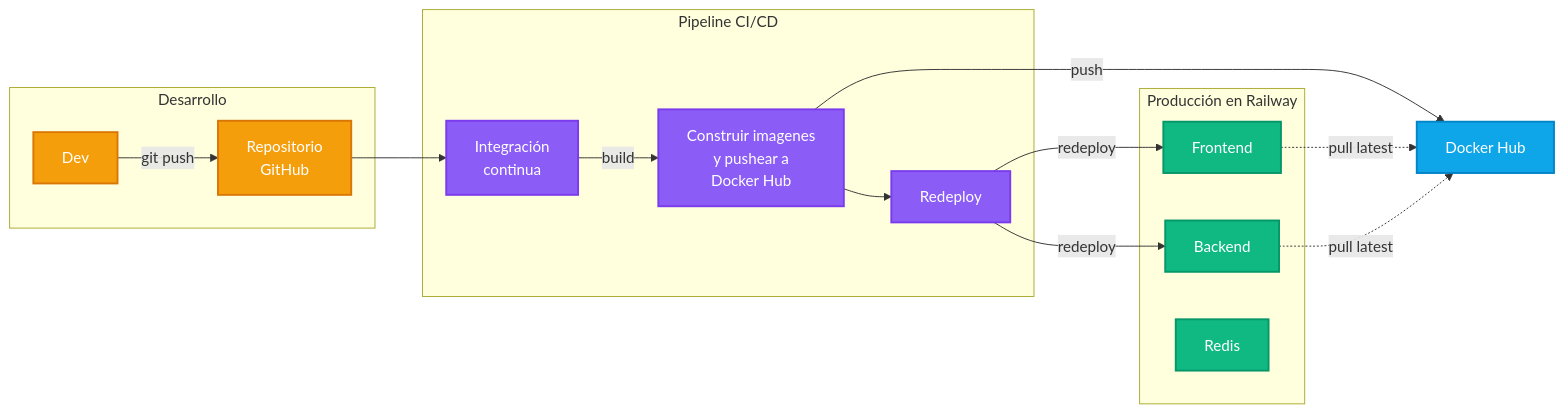
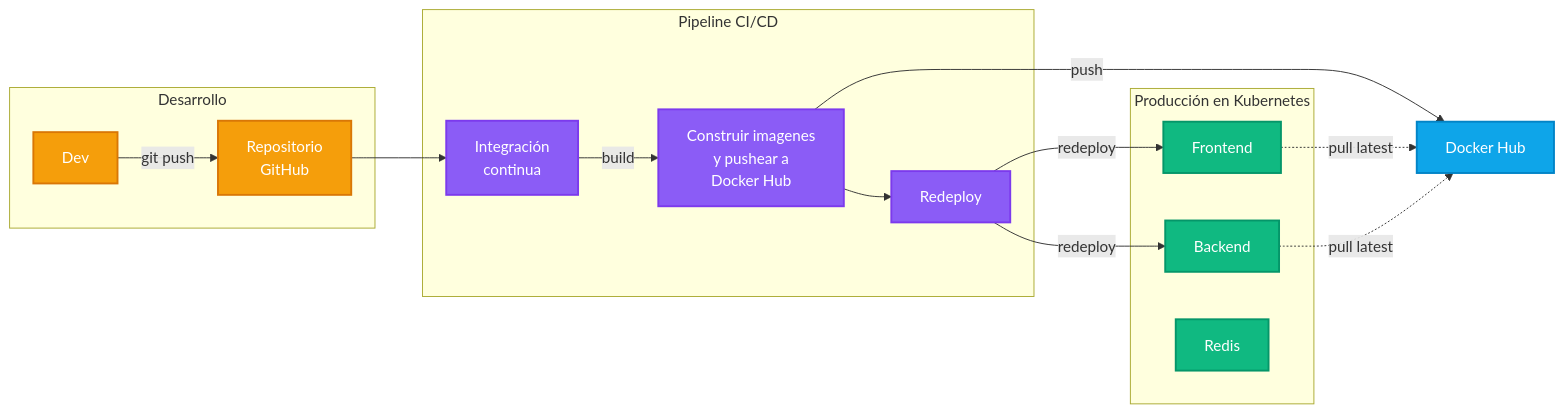
One commit to agustinbravop/utn-devops-tp2 changed the second of 2 diagrams in README.md. Above: the diagram before and after it, drawn with Mermaid. The commit also changed other lines of this file and 13 other files, not shown here.

Commit message:
deployed kubernetes manifests on k3s + removed railway references

````diff
--- a/README.md
+++ b/README.md
@@ -147,43 +112,43 @@
 ```mermaid
 graph LR
     subgraph "Desarrollo"
         DEV[Dev]
         GIT[Repositorio<br/>GitHub]
     end
 
     subgraph "Pipeline CI/CD"
         GA[Integración<br/>continua]
         BUILD[Construir imagenes<br/> y pushear a<br/>Docker Hub]
         REDEPLOY[Redeploy]
     end
 
     PUSH[Docker Hub]
 
-    subgraph "Producción en Railway"
+    subgraph "Producción en Kubernetes"
             RF[Frontend]
             RB[Backend]
             RR[Redis]
     end
 
     %% Deployment flow
     DEV -->|git push| GIT
     GIT --> GA
     GA -->|build| BUILD
     BUILD -->|push| PUSH
     BUILD --> REDEPLOY
     REDEPLOY -->|redeploy| RF
     REDEPLOY -->|redeploy| RB
     RF -.->|pull latest| PUSH
     RB -.->|pull latest| PUSH
 
     %% Styling
     classDef dockerhub fill:#0ea5e9,stroke:#0284c7,stroke-width:2px,color:#ffffff
     classDef cicd fill:#8b5cf6,stroke:#7c3aed,stroke-width:2px,color:#ffffff
     classDef production fill:#10b981,stroke:#059669,stroke-width:2px,color:#ffffff
     classDef development fill:#f59e0b,stroke:#d97706,stroke-width:2px,color:#ffffff
 
     class DEV,GIT development
     class GA,BUILD,REDEPLOY cicd
     class RF,RB,RR production
     class PUSH dockerhub
 ```
````
